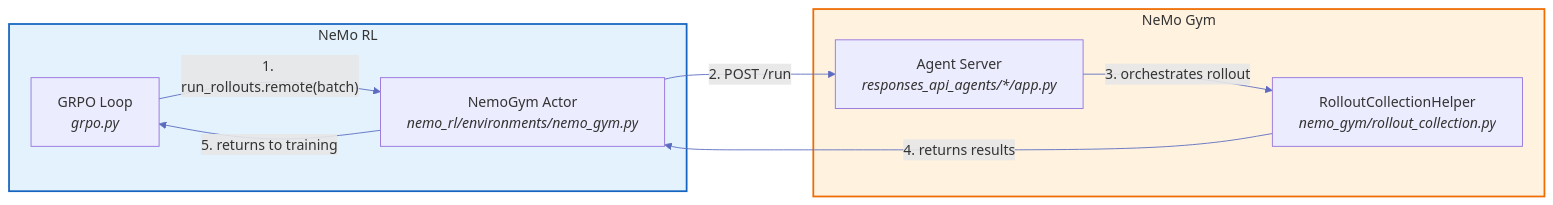
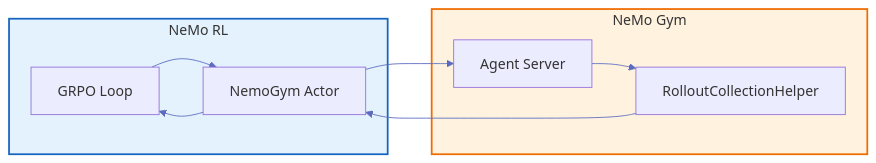
The second of 5 diagrams in docs/design-docs/nemo-gym-integration.md (NVIDIA-NeMo/RL), drawn with Mermaid before and after one commit. The commit also changed other lines of this file, not shown here.

````diff
--- a/docs/design-docs/nemo-gym-integration.md
+++ b/docs/design-docs/nemo-gym-integration.md
@@ -78,22 +82,22 @@
-```{mermaid}
+```mermaid
 %%{init: {'theme': 'default', 'themeVariables': { 'lineColor': '#5c6bc0', 'primaryTextColor': '#333'}}}%%
 flowchart LR
     subgraph RL["NeMo RL"]
-        GRPO["GRPO Loop<br/><i>grpo.py</i>"]
-        Actor["NemoGym Actor<br/><i>nemo_rl/environments/nemo_gym.py</i>"]
+        GRPO["GRPO Loop"]
+        Actor["NemoGym Actor"]
     end
     
     subgraph Gym["NeMo Gym"]
-        RCH["RolloutCollectionHelper<br/><i>nemo_gym/rollout_collection.py</i>"]
-        Agent["Agent Server<br/><i>responses_api_agents/*/app.py</i>"]
+        RCH["RolloutCollectionHelper"]
+        Agent["Agent Server"]
     end
     
-    GRPO -->|"1. run_rollouts.remote(batch)"| Actor
-    Actor -->|"2. POST /run"| Agent
-    Agent -->|"3. orchestrates rollout"| RCH
-    RCH -->|"4. returns results"| Actor
-    Actor -->|"5. returns to training"| GRPO
+    GRPO --> Actor
+    Actor --> Agent
+    Agent --> RCH
+    RCH --> Actor
+    Actor --> GRPO
 
     style RL fill:#e3f2fd,stroke:#1565c0,stroke-width:2px
     style Gym fill:#fff3e0,stroke:#ef6c00,stroke-width:2px
 ```
````
